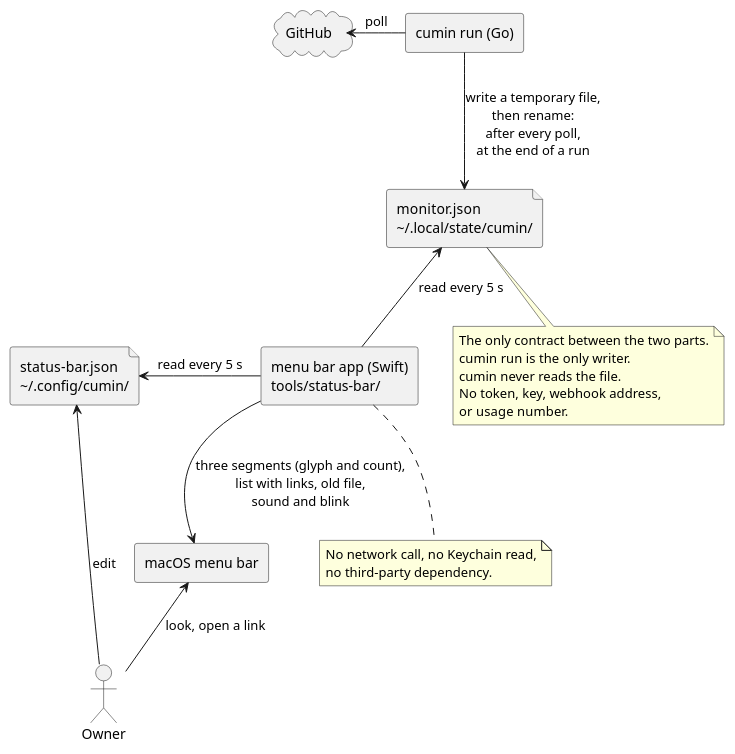
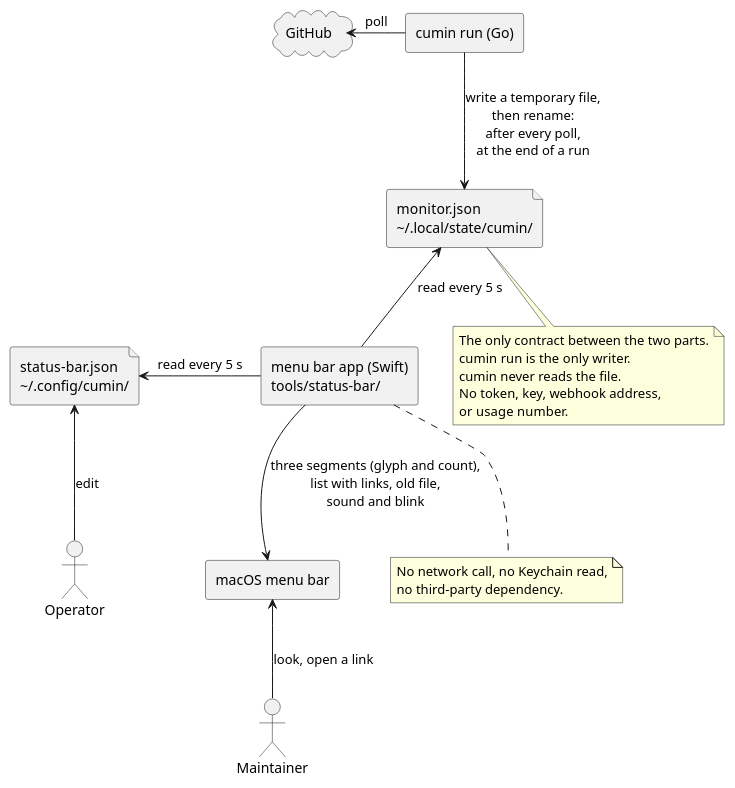
One commit to cloveclovedev/cumin-works changed the diagram in docs/ja/designs/status-menu-bar.puml. Above: the diagram before and after it, drawn with PlantUML. The commit also changed 2 other files, not shown here.

```diff
--- a/docs/ja/designs/status-menu-bar.puml
+++ b/docs/ja/designs/status-menu-bar.puml
@@ -1,37 +1,38 @@
 @startuml status-menu-bar
 ' cumin works - the monitor file and the menu bar app: cumin run writes the file, the app only reads it.
 ' Document: status-menu-bar.md, topic on the two parts and the contract.
 ' Render: run scripts/render-diagrams.sh at the root of the repository.
 skinparam shadowing false
 skinparam defaultFontName sans-serif
 
-actor Owner
+actor Maintainer
+actor Operator
 cloud "GitHub" as github
 
 rectangle "cumin run (Go)" as run
 file "monitor.json\n&#126;/.local/state/cumin/" as status
 file "status-bar.json\n&#126;/.config/cumin/" as config
 rectangle "menu bar app (Swift)\ntools/status-bar/" as app
 rectangle "macOS menu bar" as bar
 
 run -left-> github : poll
 run --> status : write a temporary file,\nthen rename:\nafter every poll,\nat the end of a run
 app -up-> status : read every 5 s
 app -left-> config : read every 5 s
 app --> bar : three segments (glyph and count),\nlist with links, old file,\nsound and blink
-Owner -up-> bar : look, open a link
-Owner -up-> config : edit
+Maintainer -up-> bar : look, open a link
+Operator -up-> config : edit
 
 note bottom of status
   The only contract between the two parts.
   cumin run is the only writer.
   cumin never reads the file.
   No token, key, webhook address,
   or usage number.
 end note
 
 note bottom of app
   No network call, no Keychain read,
   no third-party dependency.
 end note
 @enduml
```
